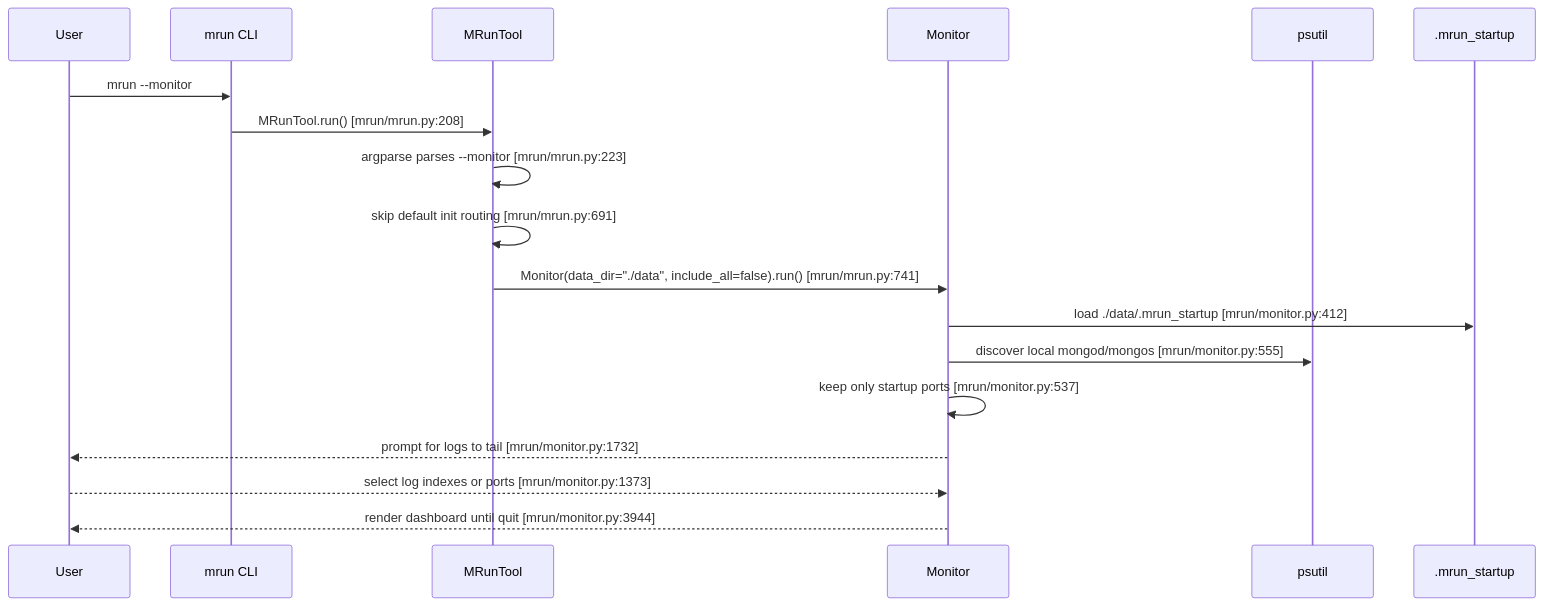
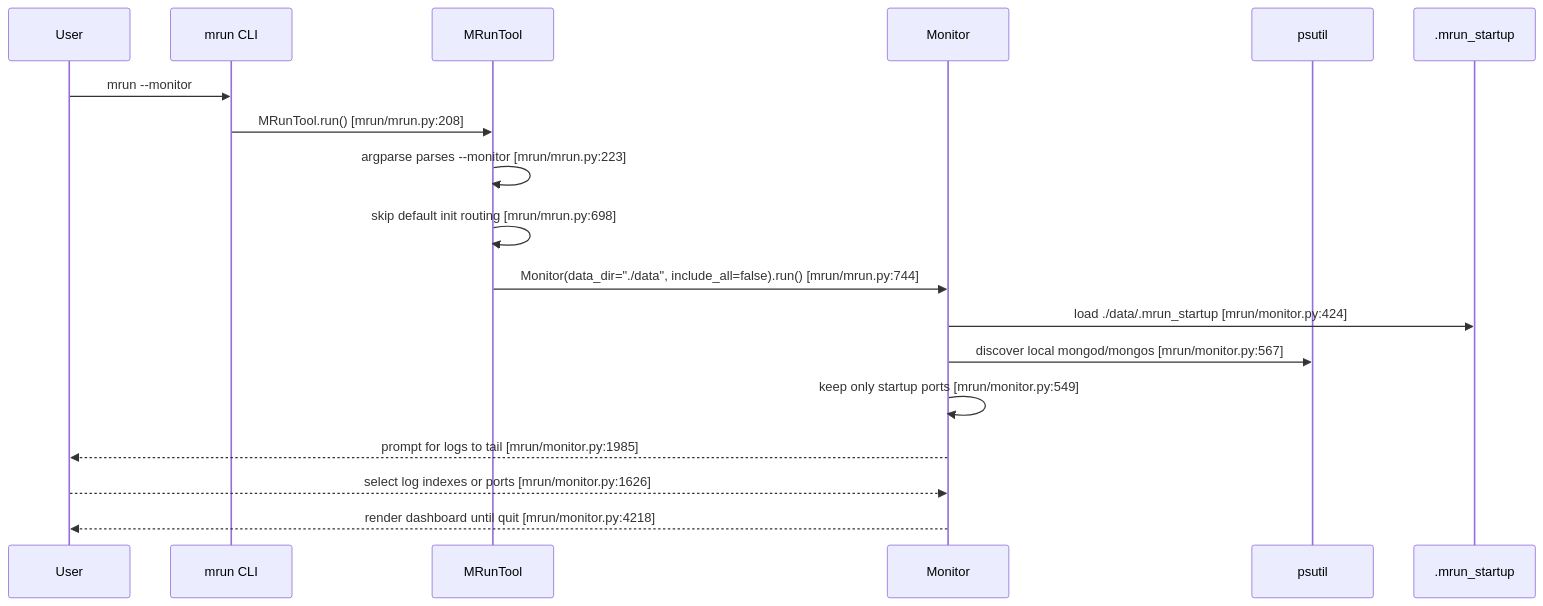
One commit to mongodb/mlaunch changed the first of 13 diagrams in doc/feature-monitor-guide.md. Above: the diagram before and after it, drawn with Mermaid. The commit also changed other lines of this file and 2 other files, not shown here.

Commit message:
docs: document normalized monitor cpu

````diff
--- a/doc/feature-monitor-guide.md
+++ b/doc/feature-monitor-guide.md
@@ -177,21 +180,21 @@
 ```mermaid
 sequenceDiagram
     participant User
     participant CLI as mrun CLI
     participant Tool as MRunTool
     participant Monitor as Monitor
     participant PS as psutil
     participant FS as .mrun_startup
 
     User->>CLI: mrun --monitor
     CLI->>Tool: MRunTool.run() [mrun/mrun.py:208]
     Tool->>Tool: argparse parses --monitor [mrun/mrun.py:223]
-    Tool->>Tool: skip default init routing [mrun/mrun.py:691]
-    Tool->>Monitor: Monitor(data_dir="./data", include_all=false).run() [mrun/mrun.py:741]
-    Monitor->>FS: load ./data/.mrun_startup [mrun/monitor.py:412]
-    Monitor->>PS: discover local mongod/mongos [mrun/monitor.py:555]
-    Monitor->>Monitor: keep only startup ports [mrun/monitor.py:537]
-    Monitor-->>User: prompt for logs to tail [mrun/monitor.py:1732]
-    User-->>Monitor: select log indexes or ports [mrun/monitor.py:1373]
-    Monitor-->>User: render dashboard until quit [mrun/monitor.py:3944]
+    Tool->>Tool: skip default init routing [mrun/mrun.py:698]
+    Tool->>Monitor: Monitor(data_dir="./data", include_all=false).run() [mrun/mrun.py:744]
+    Monitor->>FS: load ./data/.mrun_startup [mrun/monitor.py:424]
+    Monitor->>PS: discover local mongod/mongos [mrun/monitor.py:567]
+    Monitor->>Monitor: keep only startup ports [mrun/monitor.py:549]
+    Monitor-->>User: prompt for logs to tail [mrun/monitor.py:1985]
+    User-->>Monitor: select log indexes or ports [mrun/monitor.py:1626]
+    Monitor-->>User: render dashboard until quit [mrun/monitor.py:4218]
 ```
````
